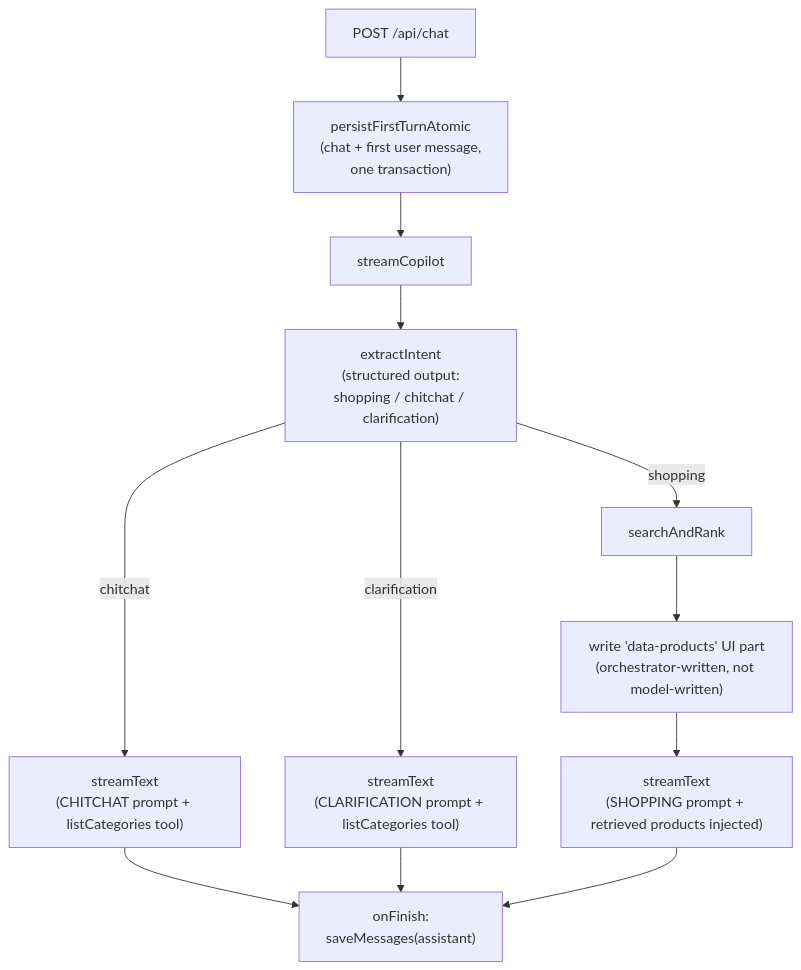
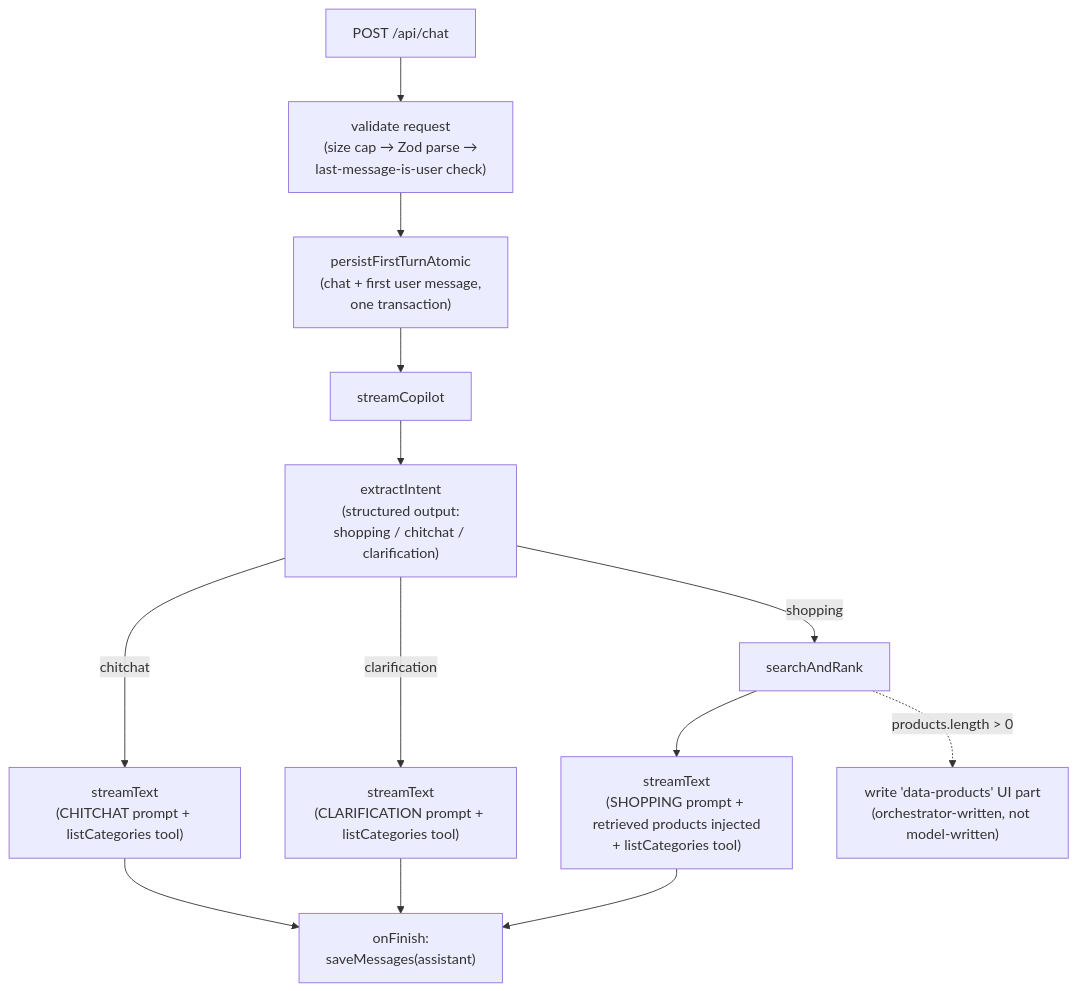
The first of 2 diagrams in README.md (vnovick/ai-shopping-copilot), drawn with Mermaid before and after one commit. The commit also changed other lines of this file, not shown here.

Commit message:
chore: update Diagram in Readme.md

````diff
--- a/README.md
+++ b/README.md
@@ -57,17 +57,18 @@
 ```mermaid
 flowchart TD
-    POST["POST /api/chat"] --> Persist["persistFirstTurnAtomic<br/>(chat + first user message,<br/>one transaction)"]
+    POST["POST /api/chat"] --> Validate["validate request<br/>(size cap → Zod parse →<br/>last-message-is-user check)"]
+    Validate --> Persist["persistFirstTurnAtomic<br/>(chat + first user message,<br/>one transaction)"]
     Persist --> Stream[streamCopilot]
     Stream --> Intent["extractIntent<br/>(structured output:<br/>shopping / chitchat / clarification)"]
 
     Intent -->|chitchat| Chitchat["streamText<br/>(CHITCHAT prompt + listCategories tool)"]
     Intent -->|clarification| Clarify["streamText<br/>(CLARIFICATION prompt + listCategories tool)"]
     Intent -->|shopping| Search[searchAndRank]
 
-    Search --> DataPart["write 'data-products' UI part<br/>(orchestrator-written, not model-written)"]
-    DataPart --> Shop["streamText<br/>(SHOPPING prompt + retrieved products injected)"]
+    Search --> Shop["streamText<br/>(SHOPPING prompt + retrieved products injected<br/>+ listCategories tool)"]
+    Search -.->|products.length > 0| DataPart["write 'data-products' UI part<br/>(orchestrator-written, not model-written)"]
 
     Chitchat --> OnFinish["onFinish:<br/>saveMessages(assistant)"]
     Clarify --> OnFinish
     Shop --> OnFinish
 ```
````
